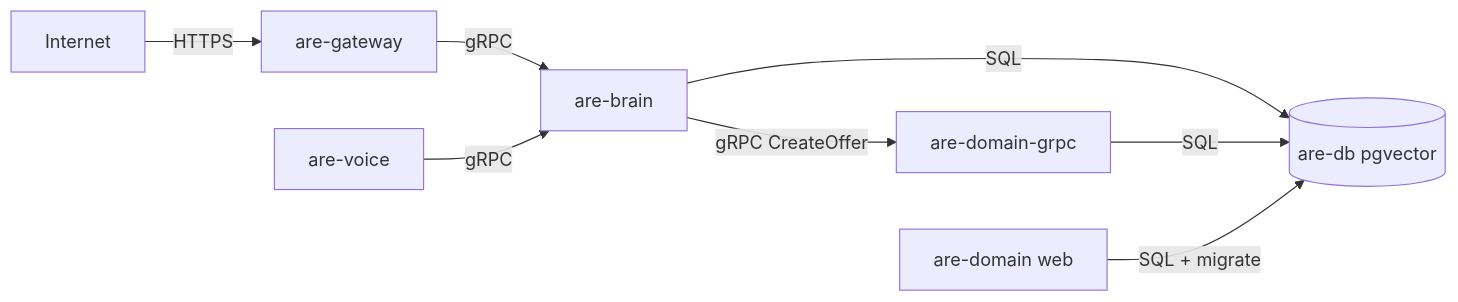
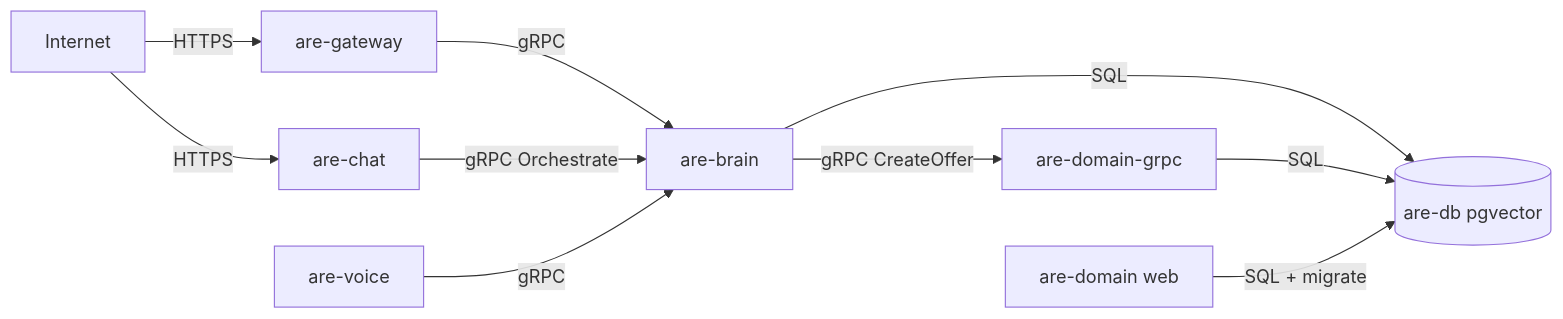
The diagram in deploy/fly/DEPLOY.md (rikkiiwang/ai-real-estate-agent), drawn with Mermaid before and after one commit. The commit also changed other lines of this file and 12 other files, not shown here.

````diff
--- a/deploy/fly/DEPLOY.md
+++ b/deploy/fly/DEPLOY.md
@@ -17,10 +18,12 @@
 ```mermaid
 flowchart LR
   Internet -->|HTTPS| GW[are-gateway]
+  Internet -->|HTTPS| CHAT[are-chat]
   GW -->|gRPC| BRAIN[are-brain]
+  CHAT -->|gRPC Orchestrate| BRAIN
   BRAIN -->|gRPC CreateOffer| DG[are-domain-grpc]
   BRAIN -->|SQL| DB[(are-db pgvector)]
   DG -->|SQL| DB
   DOM[are-domain web] -->|SQL + migrate| DB
   VOICE[are-voice] -->|gRPC| BRAIN
 ```
````
